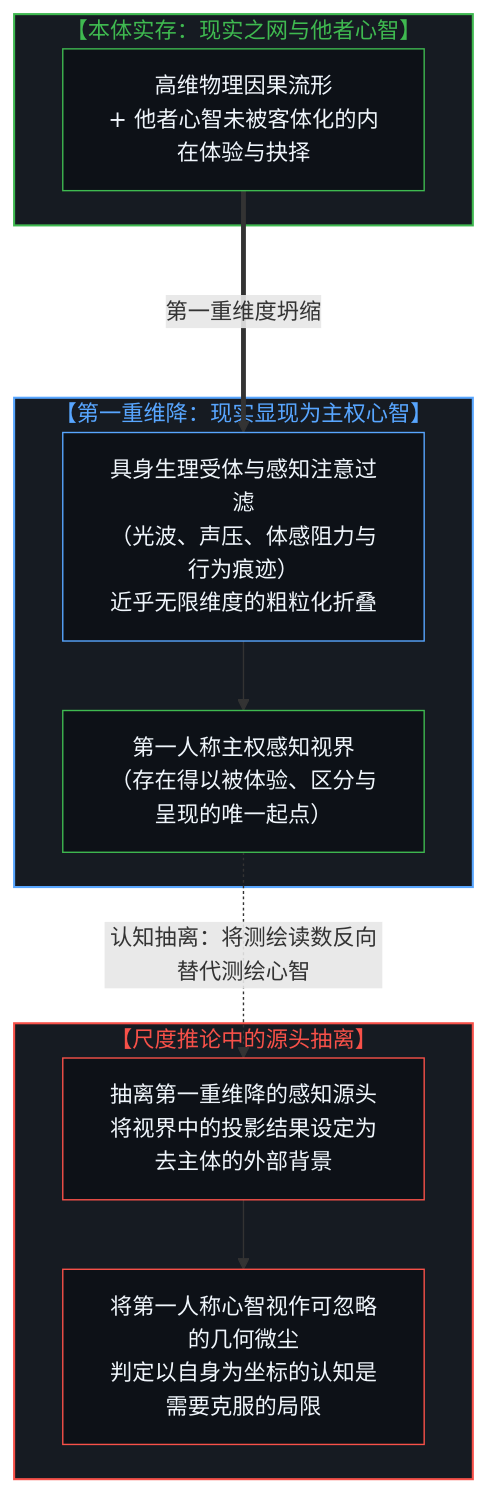
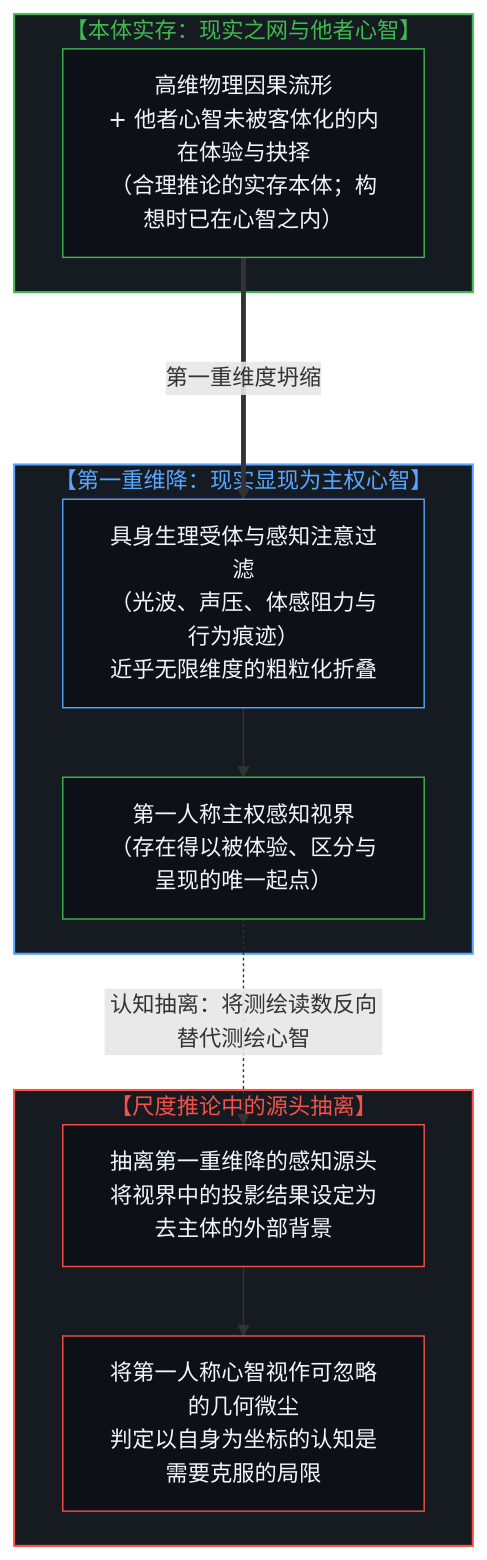
The first of 8 diagrams in content/posts/one-cannot-escape-ones-own-mind.md (powerpig99/not-a-toe), drawn with Mermaid before and after one commit. The commit also changed other lines of this file and 2 other files, not shown here.

````diff
--- a/content/posts/one-cannot-escape-ones-own-mind.md
+++ b/content/posts/one-cannot-escape-ones-own-mind.md
@@ -13,30 +13,30 @@
 ```mermaid
 flowchart TD
     subgraph S_RealityOrigin ["【本体实存：现实之网与他者心智】"]
-        R1["高维物理因果流形<br/>+ 他者心智未被客体化的内在体验与抉择"]
+        R1["高维物理因果流形<br/>+ 他者心智未被客体化的内在体验与抉择<br/>（合理推论的实存本体；构想时已在心智之内）"]
     end
 
     subgraph S_FirstCollapse ["【第一重维降：现实显现为主权心智】"]
         C1["具身生理受体与感知注意过滤<br/>（光波、声压、体感阻力与行为痕迹）<br/>近乎无限维度的粗粒化折叠"]
         M1["第一人称主权感知视界<br/>（存在得以被体验、区分与呈现的唯一起点）"]
         C1 --> M1
     end
 
     subgraph S_TheftInversion ["【尺度推论中的源头抽离】"]
         T1["抽离第一重维降的感知源头<br/>将视界中的投影结果设定为去主体的外部背景"]
         T2["将第一人称心智视作可忽略的几何微尘<br/>判定以自身为坐标的认知是需要克服的局限"]
         T1 --> T2
     end
 
     R1 ===>|"第一重维度坍缩"| C1
     M1 -.->|"认知抽离：将测绘读数反向替代测绘心智"| T1
 
     style S_RealityOrigin fill:#161b22,stroke:#3fb950,stroke-width:1.5px,color:#3fb950
     style S_FirstCollapse fill:#161b22,stroke:#58a6ff,stroke-width:1.5px,color:#58a6ff
     style S_TheftInversion fill:#161b22,stroke:#f85149,stroke-width:1.5px,color:#f85149
     style R1 fill:#0d1117,stroke:#3fb950,stroke-width:1px,color:#f0f6fc
     style C1 fill:#0d1117,stroke:#58a6ff,stroke-width:1px,color:#f0f6fc
     style M1 fill:#0d1117,stroke:#3fb950,stroke-width:1px,color:#f0f6fc
     style T1 fill:#0d1117,stroke:#f85149,stroke-width:1px,color:#f0f6fc
     style T2 fill:#0d1117,stroke:#f85149,stroke-width:1px,color:#f0f6fc
 ```
````
